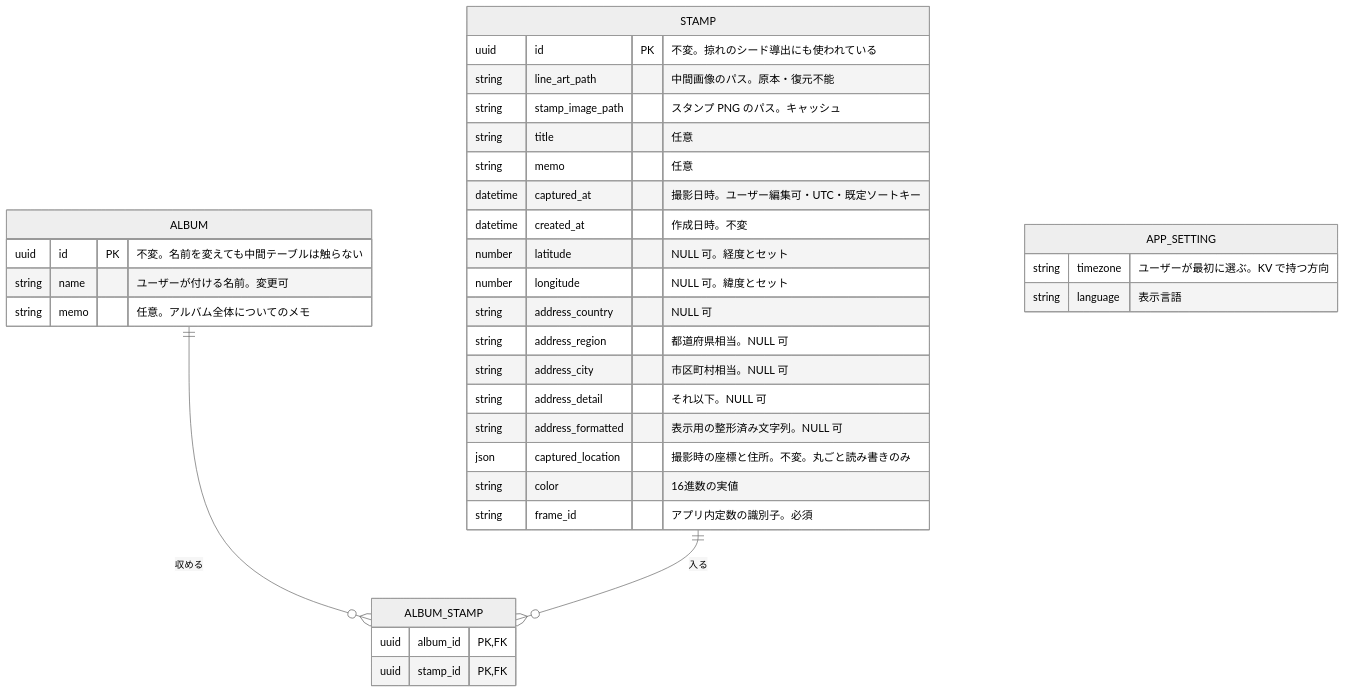
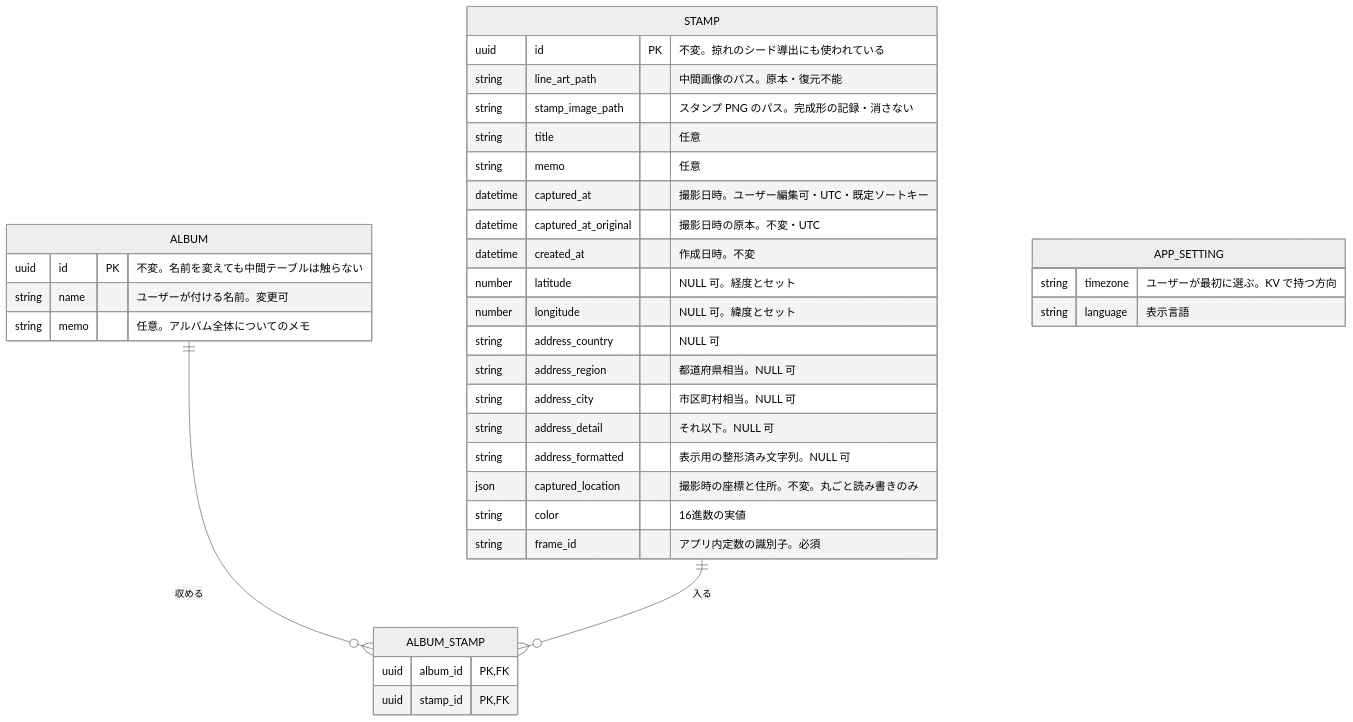
The first of 3 diagrams in docs/data-model.md (monarizzz/tabipon), drawn with Mermaid (neutral theme) before and after one commit. The commit also changed other lines of this file, not shown here.

````diff
--- a/docs/data-model.md
+++ b/docs/data-model.md
@@ -87,41 +86,42 @@
 ```mermaid
 erDiagram
     STAMP {
         uuid id PK "不変。掠れのシード導出にも使われている"
         string line_art_path "中間画像のパス。原本・復元不能"
-        string stamp_image_path "スタンプ PNG のパス。キャッシュ"
+        string stamp_image_path "スタンプ PNG のパス。完成形の記録・消さない"
         string title "任意"
         string memo "任意"
         datetime captured_at "撮影日時。ユーザー編集可・UTC・既定ソートキー"
+        datetime captured_at_original "撮影日時の原本。不変・UTC"
         datetime created_at "作成日時。不変"
         number latitude "NULL 可。経度とセット"
         number longitude "NULL 可。緯度とセット"
         string address_country "NULL 可"
         string address_region "都道府県相当。NULL 可"
         string address_city "市区町村相当。NULL 可"
         string address_detail "それ以下。NULL 可"
         string address_formatted "表示用の整形済み文字列。NULL 可"
         json captured_location "撮影時の座標と住所。不変。丸ごと読み書きのみ"
         string color "16進数の実値"
         string frame_id "アプリ内定数の識別子。必須"
     }
 
     ALBUM {
         uuid id PK "不変。名前を変えても中間テーブルは触らない"
         string name "ユーザーが付ける名前。変更可"
         string memo "任意。アルバム全体についてのメモ"
     }
 
     ALBUM_STAMP {
         uuid album_id PK,FK
         uuid stamp_id PK,FK
     }
 
     APP_SETTING {
         string timezone "ユーザーが最初に選ぶ。KV で持つ方向"
         string language "表示言語"
     }
 
     ALBUM ||--o{ ALBUM_STAMP : "収める"
     STAMP ||--o{ ALBUM_STAMP : "入る"
 ```
````
